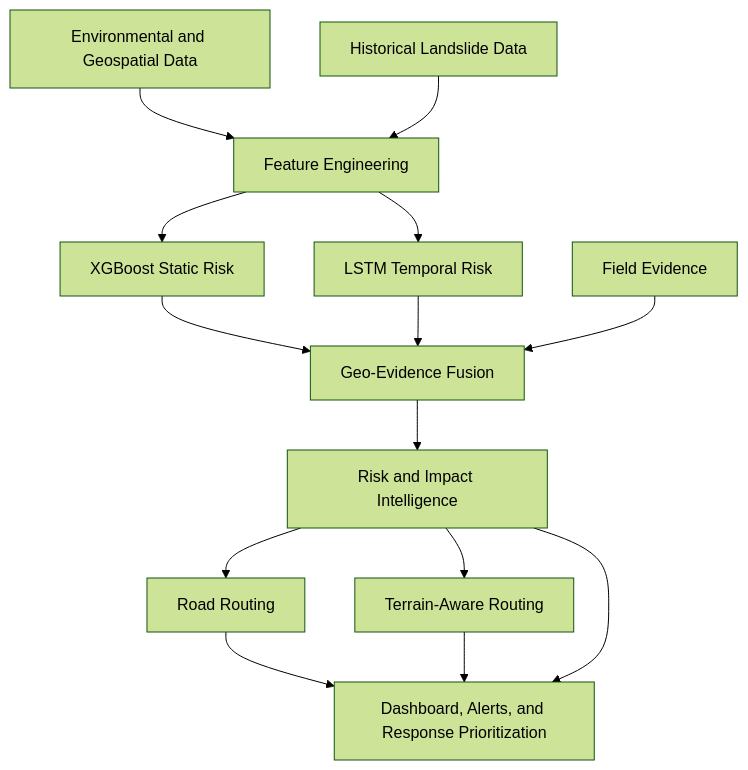
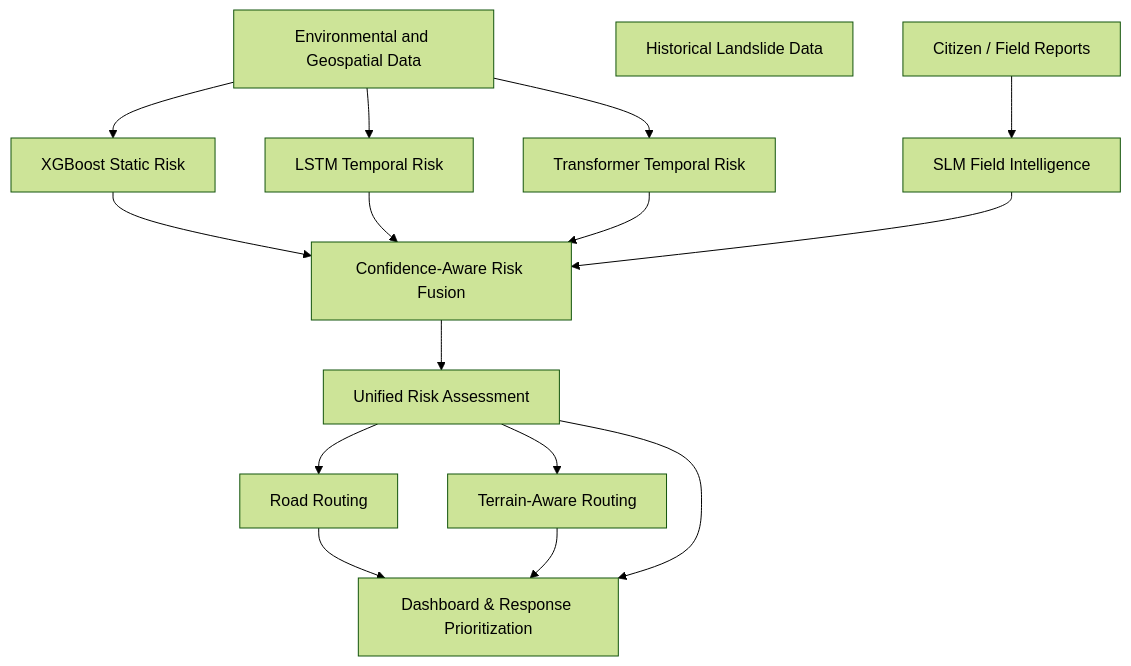
Before and after one commit to hitanshinahar/georesilience: the diagram in docs/ARCHITECTURE.md, drawn with Mermaid (forest theme). The commit also changed other lines of this file and 23 other files, not shown here.

````diff
--- a/docs/ARCHITECTURE.md
+++ b/docs/ARCHITECTURE.md
@@ -7,31 +7,30 @@
 ```mermaid
 flowchart TD
     %% Data Sources
     ENV[Environmental and Geospatial Data]
     HIST[Historical Landslide Data]
-    FIELD[Field Evidence]
-
-    %% Feature Engineering
-    ENV --> FEAT[Feature Engineering]
-    HIST --> FEAT
+    FIELD[Citizen / Field Reports]
 
     %% Machine Learning
-    FEAT --> XGB[XGBoost Static Risk]
-    FEAT --> LSTM[LSTM Temporal Risk]
+    ENV --> XGB[XGBoost Static Risk]
+    ENV --> LSTM[LSTM Temporal Risk]
+    ENV --> TRANS[Transformer Temporal Risk]
+    FIELD --> SLM[SLM Field Intelligence]
 
     %% Fusion Engine
-    XGB --> FUSION[Geo-Evidence Fusion]
+    XGB --> FUSION[Confidence-Aware Risk Fusion]
     LSTM --> FUSION
-    FIELD --> FUSION
+    TRANS --> FUSION
+    SLM --> FUSION
 
     %% Intelligence & Routing
-    FUSION --> INTEL[Risk and Impact Intelligence]
+    FUSION --> INTEL[Unified Risk Assessment]
     
     INTEL --> ROAD[Road Routing]
     INTEL --> TERR[Terrain-Aware Routing]
 
     %% Presentation Layer
-    ROAD --> DASH[Dashboard, Alerts, and Response Prioritization]
+    ROAD --> DASH[Dashboard & Response Prioritization]
     TERR --> DASH
     INTEL --> DASH
 ```
````
